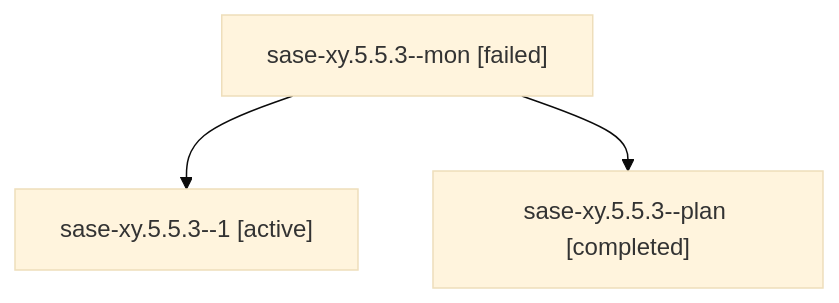
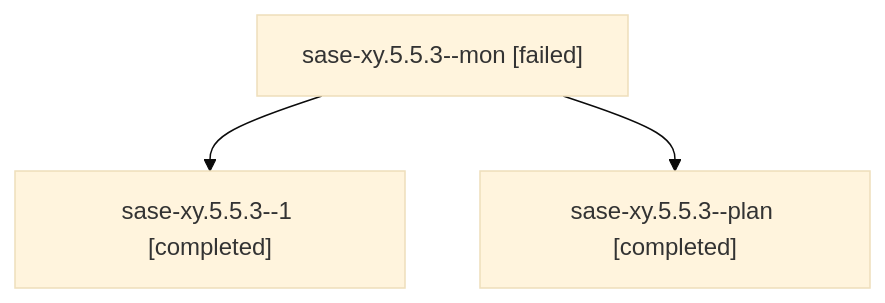
Before and after one commit to sase-org/sase--agents: the diagram in families/bbugyi200.athena.sase-xy.5.5.3.md, drawn with Mermaid (base theme). The commit also changed other lines of this file and 78 other files, not shown here.

````diff
--- a/families/bbugyi200.athena.sase-xy.5.5.3.md
+++ b/families/bbugyi200.athena.sase-xy.5.5.3.md
@@ -9,8 +9,8 @@
 ```mermaid
 flowchart TD
   n0["sase-xy.5.5.3--mon [failed]"]
-  n1["sase-xy.5.5.3--1 [active]"]
+  n1["sase-xy.5.5.3--1 [completed]"]
   n0 --> n1
   n2["sase-xy.5.5.3--plan [completed]"]
   n0 --> n2
 ```
````
